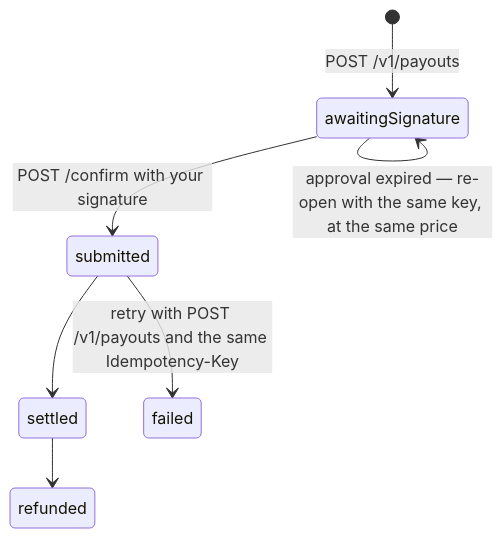
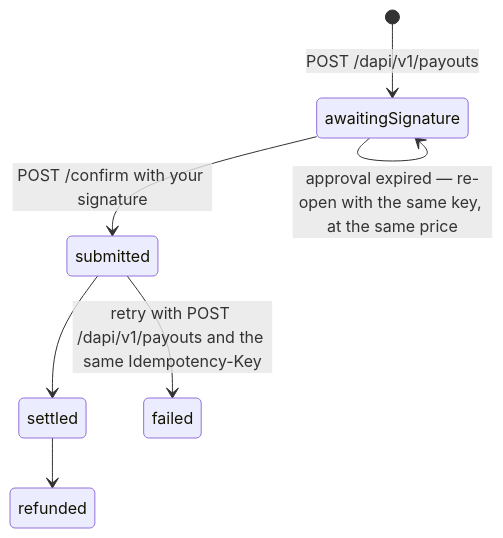
Before and after one commit to hevn-inc/docs: the diagram in whitelabel/payouts.mdx, drawn with Mermaid. The commit also changed other lines of this file and 37 other files, not shown here.

````diff
--- a/whitelabel/payouts.mdx
+++ b/whitelabel/payouts.mdx
@@ -63,9 +63,9 @@
 ```mermaid
 stateDiagram-v2
-    [*] --> awaitingSignature: POST /v1/payouts
+    [*] --> awaitingSignature: POST /dapi/v1/payouts
     awaitingSignature --> awaitingSignature: approval expired — re-open with the same key, at the same price
     awaitingSignature --> submitted: POST /confirm with your signature
     submitted --> settled
-    submitted --> failed: retry with POST /v1/payouts and the same Idempotency-Key
+    submitted --> failed: retry with POST /dapi/v1/payouts and the same Idempotency-Key
     settled --> refunded
 ```
````
